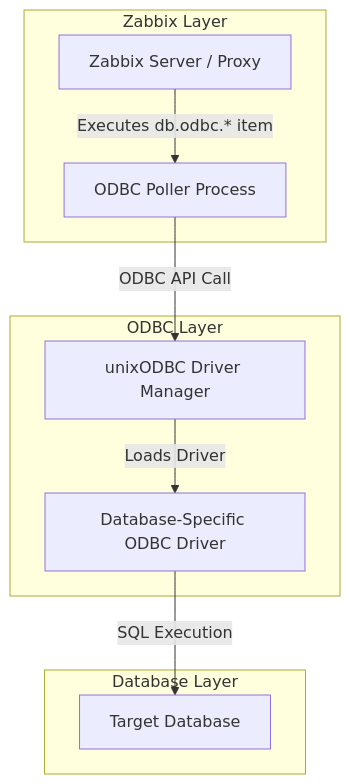
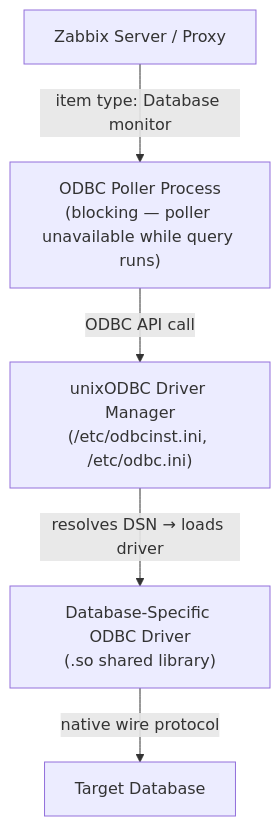
Before and after one commit to penmasters/zabbix-book: the diagram in docs/ch04-zabbix-collecting-data/database-odbc.md, drawn with Mermaid. The commit also changed other lines of this file, not shown here.

First line of the commit message:
Revise ODBC monitoring documentation for clarity

````diff
--- a/docs/ch04-zabbix-collecting-data/database-odbc.md
+++ b/docs/ch04-zabbix-collecting-data/database-odbc.md
@@ -31,21 +28,8 @@
 ``` mermaid
 flowchart TD
-    subgraph Zabbix Layer
-        A[Zabbix Server / Proxy]
-        B[ODBC Poller Process]
-    end
-
-    subgraph ODBC Layer
-        C[unixODBC Driver Manager]
-        D[Database-Specific ODBC Driver]
-    end
-
-    subgraph Database Layer
-        E[Target Database]
-    end
-
-    A -->|Executes db.odbc.* item| B
-    B -->|ODBC API Call| C
-    C -->|Loads Driver| D
-    D -->|SQL Execution| E
+    A[Zabbix Server / Proxy] -->|"item type: Database monitor"| B
+    B["ODBC Poller Process\n(blocking — poller unavailable while query runs)"] -->|"ODBC API call"| C
+    C["unixODBC Driver Manager\n(/etc/odbcinst.ini, /etc/odbc.ini)"] -->|"resolves DSN → loads driver"| D
+    D["Database-Specific ODBC Driver\n(.so shared library)"] -->|"native wire protocol"| E
+    E[Target Database]
 ```
````
